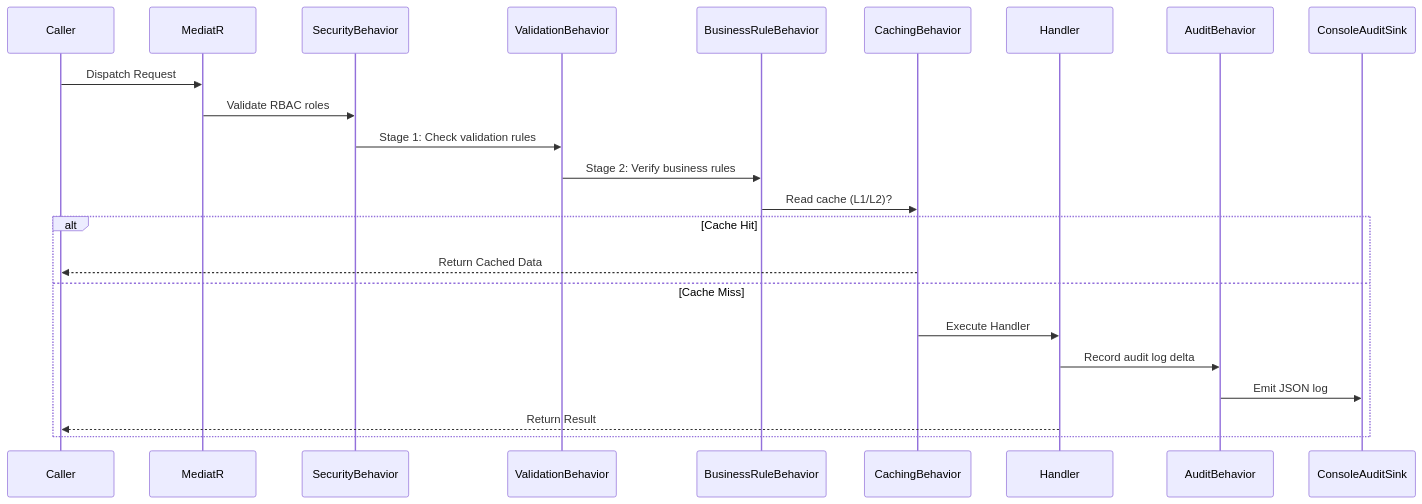
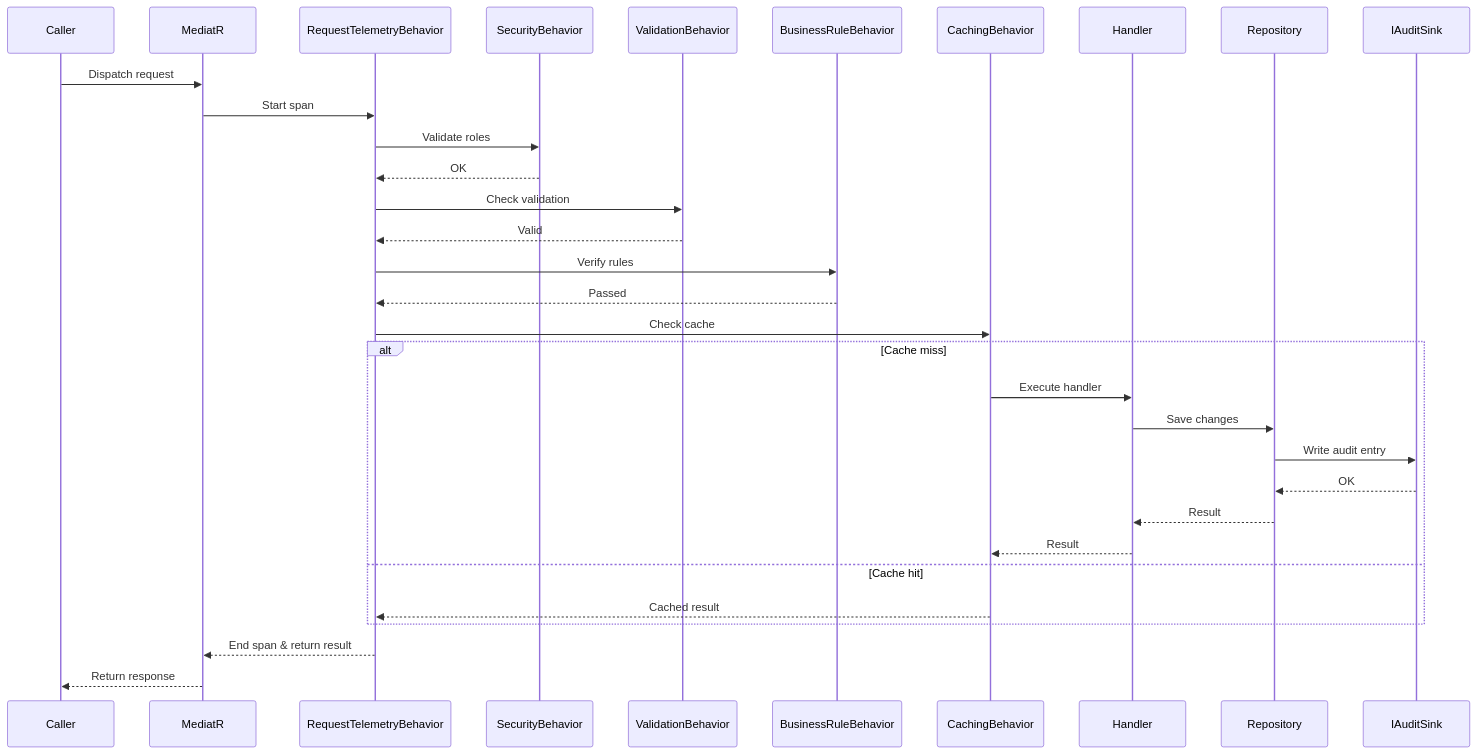
Before and after one commit to prajuaba/foundry: the second of 2 diagrams in foundry-api/docs/developer_reference.md, drawn with Mermaid. The commit also changed other lines of this file and 4 other files, not shown here.

First line of the commit message:
refactor(api): rename AuditBehavior, which never wrote an audit entry

````diff
--- a/foundry-api/docs/developer_reference.md
+++ b/foundry-api/docs/developer_reference.md
@@ -37,16 +37,24 @@
 ```mermaid
 sequenceDiagram
-    Caller->>MediatR: Dispatch Request
-    MediatR->>SecurityBehavior: Validate RBAC roles
-    SecurityBehavior->>ValidationBehavior: Stage 1: Check validation rules
-    ValidationBehavior->>BusinessRuleBehavior: Stage 2: Verify business rules
-    BusinessRuleBehavior->>CachingBehavior: Read cache (L1/L2)?
-    alt Cache Hit
-        CachingBehavior-->>Caller: Return Cached Data
-    else Cache Miss
-        CachingBehavior->>Handler: Execute Handler
-        Handler->>AuditBehavior: Record audit log delta
-        AuditBehavior->>ConsoleAuditSink: Emit JSON log
-        Handler-->>Caller: Return Result
+    Caller->>MediatR: Dispatch request
+    MediatR->>RequestTelemetryBehavior: Start span
+    RequestTelemetryBehavior->>SecurityBehavior: Validate roles
+    SecurityBehavior-->>RequestTelemetryBehavior: OK
+    RequestTelemetryBehavior->>ValidationBehavior: Check validation
+    ValidationBehavior-->>RequestTelemetryBehavior: Valid
+    RequestTelemetryBehavior->>BusinessRuleBehavior: Verify rules
+    BusinessRuleBehavior-->>RequestTelemetryBehavior: Passed
+    RequestTelemetryBehavior->>CachingBehavior: Check cache
+    alt Cache miss
+        CachingBehavior->>Handler: Execute handler
+        Handler->>Repository: Save changes
+        Repository->>IAuditSink: Write audit entry
+        IAuditSink-->>Repository: OK
+        Repository-->>Handler: Result
+        Handler-->>CachingBehavior: Result
+    else Cache hit
+        CachingBehavior-->>RequestTelemetryBehavior: Cached result
     end
+    RequestTelemetryBehavior-->>MediatR: End span & return result
+    MediatR-->>Caller: Return response
 ```
````
